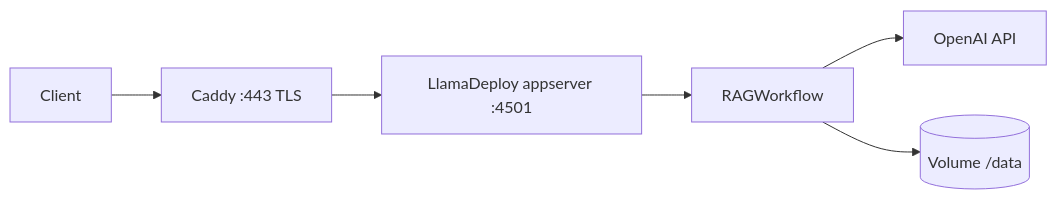
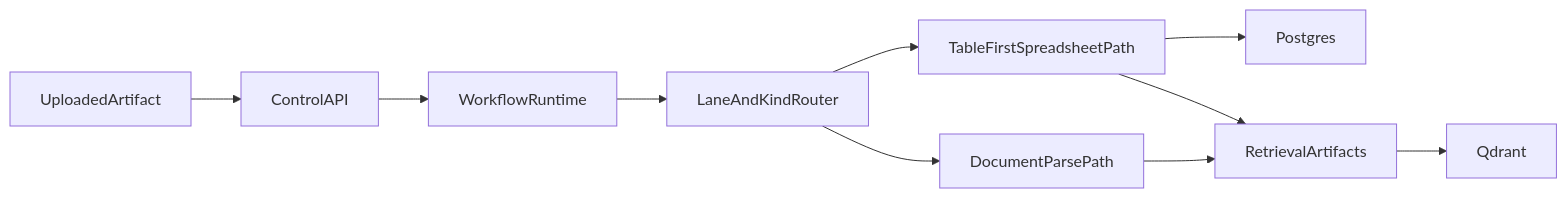
One commit to jethro-hall/Ghost-ProdPrelim changed the second of 3 diagrams in docs/ARCHITECTURE.md. Above: the diagram before and after it, drawn with Mermaid. The commit also changed other lines of this file and 121 other files, not shown here.

````diff
--- a/docs/ARCHITECTURE.md
+++ b/docs/ARCHITECTURE.md
@@ -5,8 +85,12 @@
 ```mermaid
 flowchart LR
-  Internet[Client] --> Caddy[Caddy :443 TLS]
-  Caddy --> App[LlamaDeploy appserver :4501]
-  App --> WF[RAGWorkflow]
-  WF --> OAI[OpenAI API]
-  WF --> Vol[(Volume /data)]
+  upload[UploadedArtifact] --> controlApi[ControlAPI]
+  controlApi --> workflowRuntime[WorkflowRuntime]
+  workflowRuntime --> decision[LaneAndKindRouter]
+  decision --> spreadsheet[TableFirstSpreadsheetPath]
+  decision --> document[DocumentParsePath]
+  spreadsheet --> postgres[Postgres]
+  spreadsheet --> retrieval[RetrievalArtifacts]
+  document --> retrieval
+  retrieval --> qdrant[Qdrant]
 ```
````
